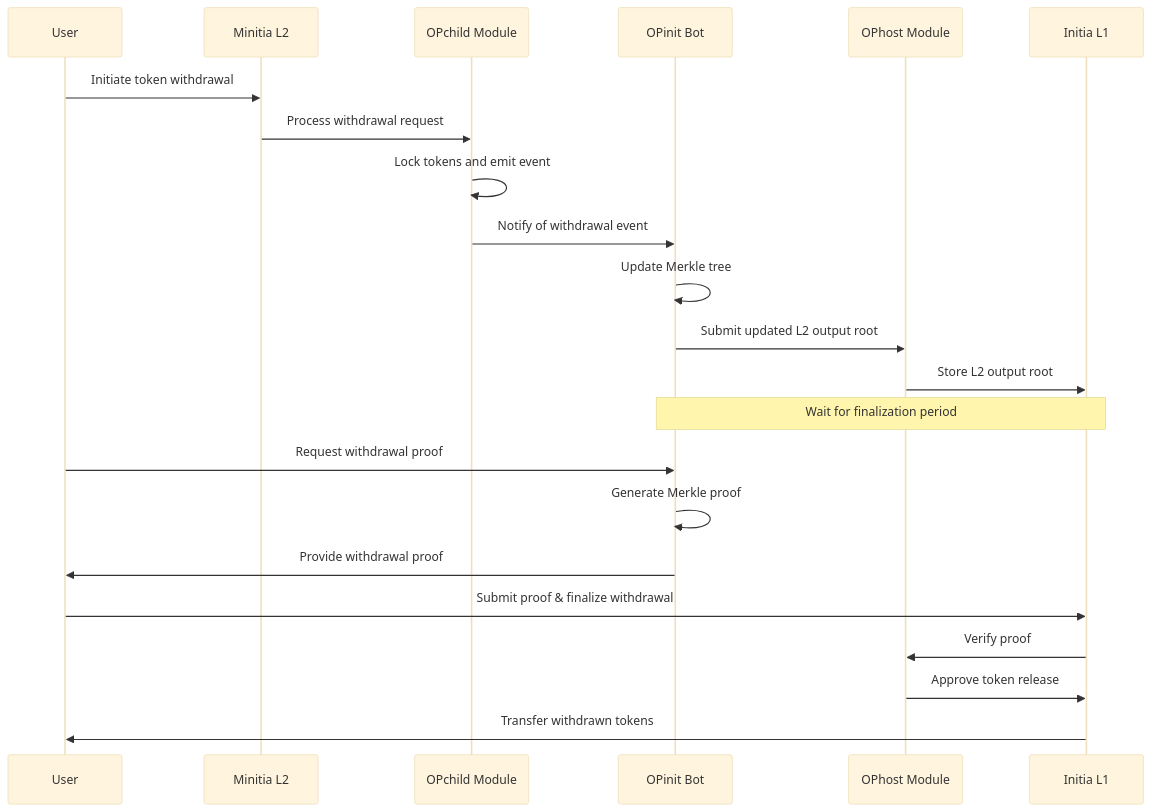
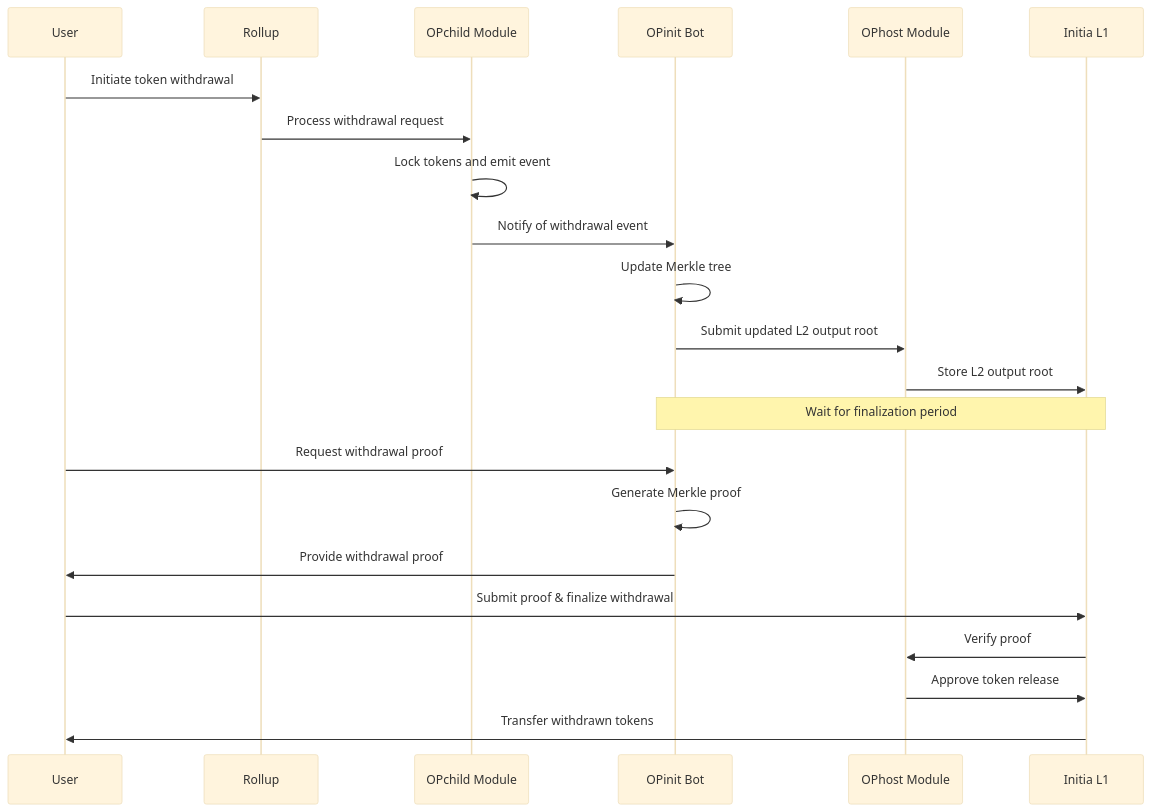
One commit to initia-labs/docs changed the second of 2 diagrams in home/technical-architecture/opinit-framework/action-flows/token-transfers.mdx. Above: the diagram before and after it, drawn with Mermaid (base theme). The commit also changed other lines of this file and 72 other files, not shown here.

````diff
--- a/home/technical-architecture/opinit-framework/action-flows/token-transfers.mdx
+++ b/home/technical-architecture/opinit-framework/action-flows/token-transfers.mdx
@@ -35,25 +35,25 @@
 ```mermaid
 sequenceDiagram
     participant User
-    participant ML2 as Minitia L2
+    participant R as Rollup
     participant OPC as OPchild Module
     participant OPB as OPinit Bot
     participant OPH as OPhost Module
     participant IL1 as Initia L1
 
-    User->>ML2: Initiate token withdrawal
-    ML2->>OPC: Process withdrawal request
+    User->>R: Initiate token withdrawal
+    R->>OPC: Process withdrawal request
     OPC->>OPC: Lock tokens and emit event
     OPC->>OPB: Notify of withdrawal event
     OPB->>OPB: Update Merkle tree
     OPB->>OPH: Submit updated L2 output root
     OPH->>IL1: Store L2 output root
     Note over OPB,IL1: Wait for finalization period
     User->>OPB: Request withdrawal proof
     OPB->>OPB: Generate Merkle proof
     OPB->>User: Provide withdrawal proof
     User->>IL1: Submit proof & finalize withdrawal
     IL1->>OPH: Verify proof
     OPH->>IL1: Approve token release
     IL1->>User: Transfer withdrawn tokens
 ```
````
